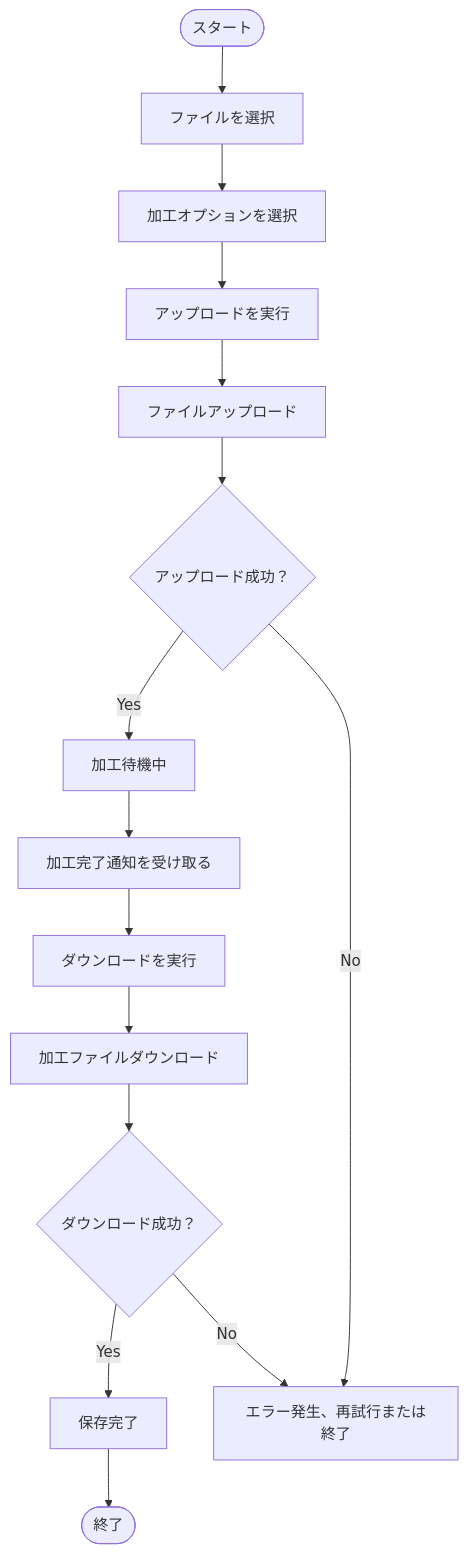
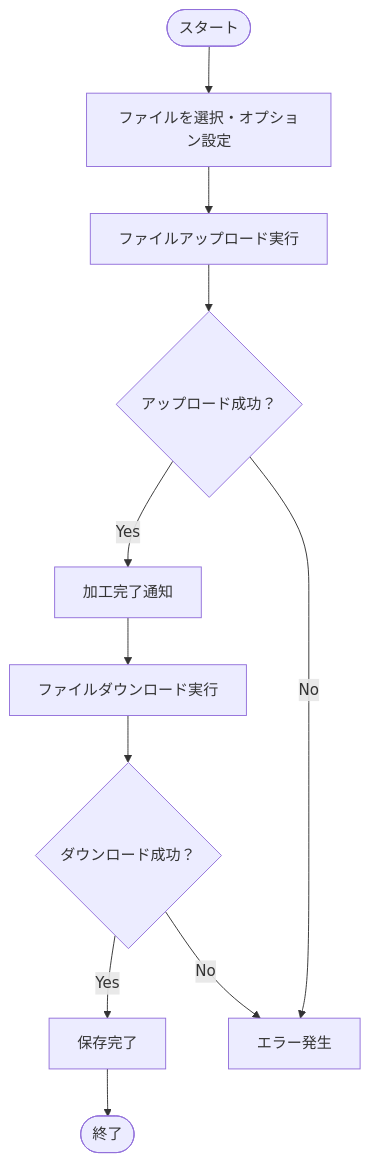
Before and after one commit to BackendExplorer/Video-Processor: the diagram in README.md, drawn with Mermaid.

````diff
--- a/README.md
+++ b/README.md
@@ -154,26 +155,18 @@
 ```mermaid
 flowchart TD
     Start(["スタート"])
-    ファイル選択["ファイルを選択"]
-    オプション選択["加工オプションを選択"]
-    アップロード確認["アップロードを実行"]
+    ファイル選択["ファイルを選択・オプション設定"]
+    アップロード["ファイルアップロード実行"]
+    アップロード成功{アップロード成功？}
+    加工完了["加工完了通知"]
+    ダウンロード["ファイルダウンロード実行"]
+    ダウンロード成功{ダウンロード成功？}
+    保存完了["保存完了"]
+    エラー発生["エラー発生"]
 
-    アップロード実行["ファイルアップロード"]
-    アップロード失敗か{アップロード成功？}
-    加工待ち["加工待機中"]
-
-    加工完了通知["加工完了通知を受け取る"]
-    ダウンロード確認["ダウンロードを実行"]
-    
-    ダウンロード実行["加工ファイルダウンロード"]
-    ダウンロード失敗か{ダウンロード成功？}
-    保存完了["保存完了"]
-    
-    エラー処理["エラー発生、再試行または終了"]
-
-    Start --> ファイル選択 --> オプション選択 --> アップロード確認 --> アップロード実行 --> アップロード失敗か
-    アップロード失敗か -- Yes --> 加工待ち --> 加工完了通知 --> ダウンロード確認 --> ダウンロード実行 --> ダウンロード失敗か
-    アップロード失敗か -- No --> エラー処理
-    ダウンロード失敗か -- Yes --> 保存完了 --> 終了([終了])
-    ダウンロード失敗か -- No --> エラー処理
+    Start --> ファイル選択 --> アップロード --> アップロード成功
+    アップロード成功 -- Yes --> 加工完了 --> ダウンロード --> ダウンロード成功
+    アップロード成功 -- No --> エラー発生
+    ダウンロード成功 -- Yes --> 保存完了 --> 終了([終了])
+    ダウンロード成功 -- No --> エラー発生
 ```
````
